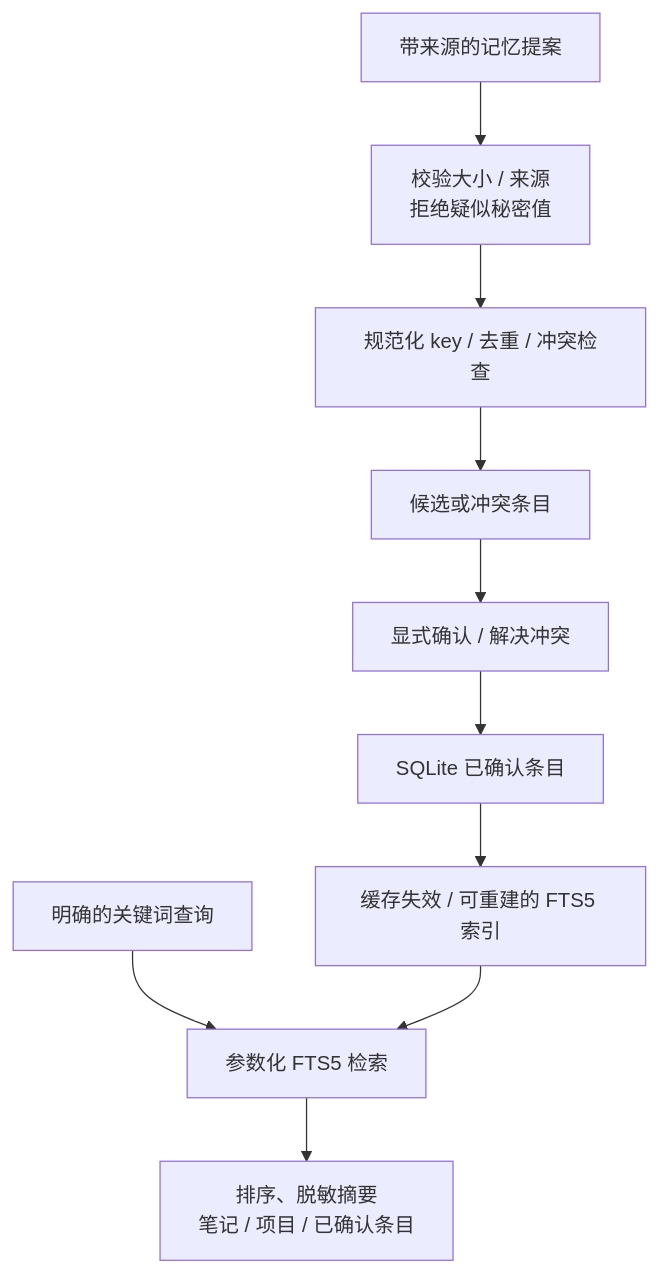
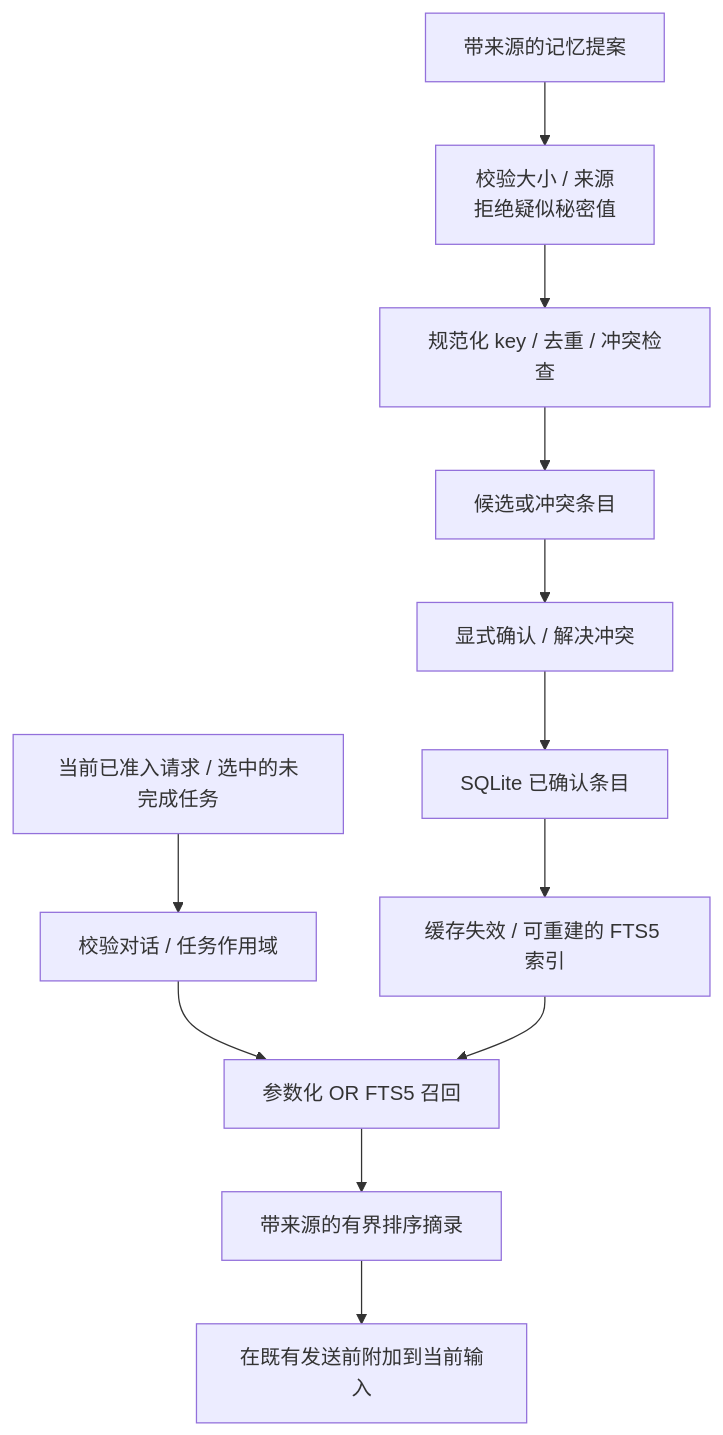
Before and after one commit to Stephen-Sim/dant: the fifth of 5 diagrams in docs/zh-CN/architecture.md, drawn with Mermaid. The commit also changed other lines of this file and 36 other files, not shown here.

````diff
--- a/docs/zh-CN/architecture.md
+++ b/docs/zh-CN/architecture.md
@@ -176,12 +191,14 @@
 ```mermaid
 flowchart TB
   Fact[带来源的记忆提案] --> Validate[校验大小 / 来源<br/>拒绝疑似秘密值]
   Validate --> Dedupe[规范化 key / 去重 / 冲突检查]
   Dedupe --> Pending[候选或冲突条目]
   Pending --> Confirm[显式确认 / 解决冲突]
   Confirm --> SQL[SQLite 已确认条目]
   SQL --> Revision[缓存失效 / 可重建的 FTS5 索引]
-  Query[明确的关键词查询] --> FTS[参数化 FTS5 检索]
+  Query[当前已准入请求 / 选中的未完成任务] --> Scope[校验对话 / 任务作用域]
+  Scope --> FTS[参数化 OR FTS5 召回]
   Revision --> FTS
-  FTS --> Results[排序、脱敏摘要<br/>笔记 / 项目 / 已确认条目]
+  FTS --> Results[带来源的有界排序摘录]
+  Results --> Input[在既有发送前附加到当前输入]
 ```
````
